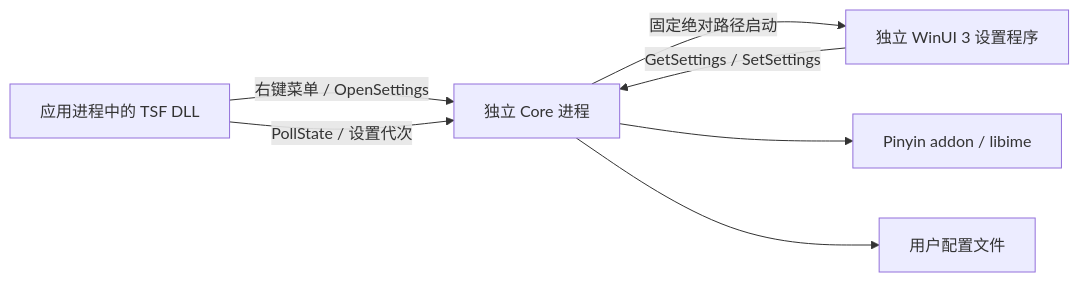
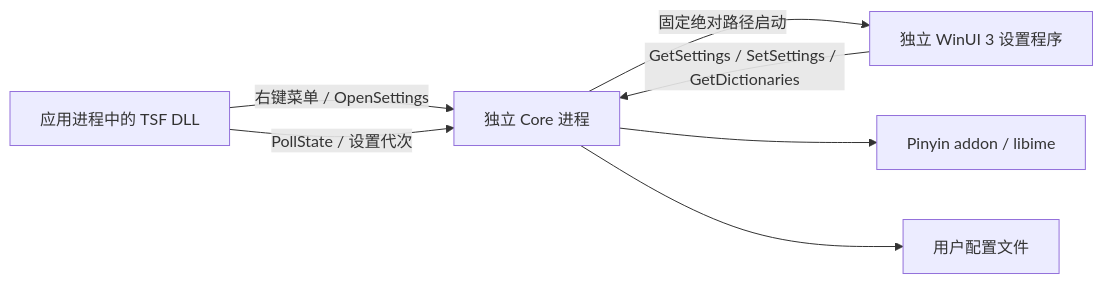
One commit to WAAutoMaton/fcitx5-windows changed the diagram in docs/windows-settings-design.md. Above: the diagram before and after it, drawn with Mermaid. The commit also changed other lines of this file and 4 other files, not shown here.

````diff
--- a/docs/windows-settings-design.md
+++ b/docs/windows-settings-design.md
@@ -48,9 +48,9 @@
 ```mermaid
 flowchart LR
     T[应用进程中的 TSF DLL] -->|右键菜单 / OpenSettings| C[独立 Core 进程]
     C -->|固定绝对路径启动| U[独立 WinUI 3 设置程序]
-    U -->|GetSettings / SetSettings| C
+    U -->|GetSettings / SetSettings / GetDictionaries| C
     C --> P[Pinyin addon / libime]
     C --> F[用户配置文件]
     T -->|PollState / 设置代次| C
 ```
````
